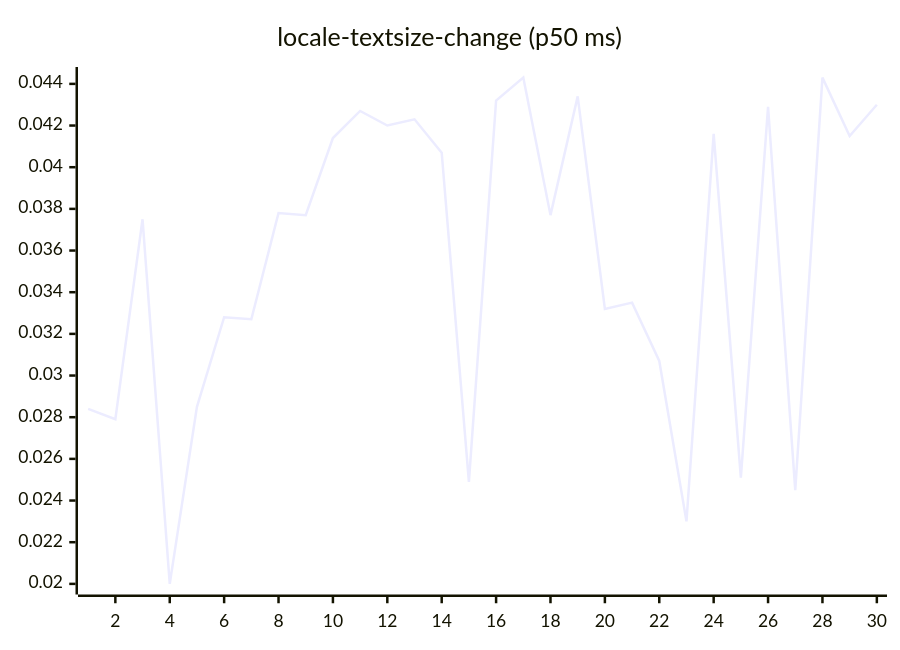
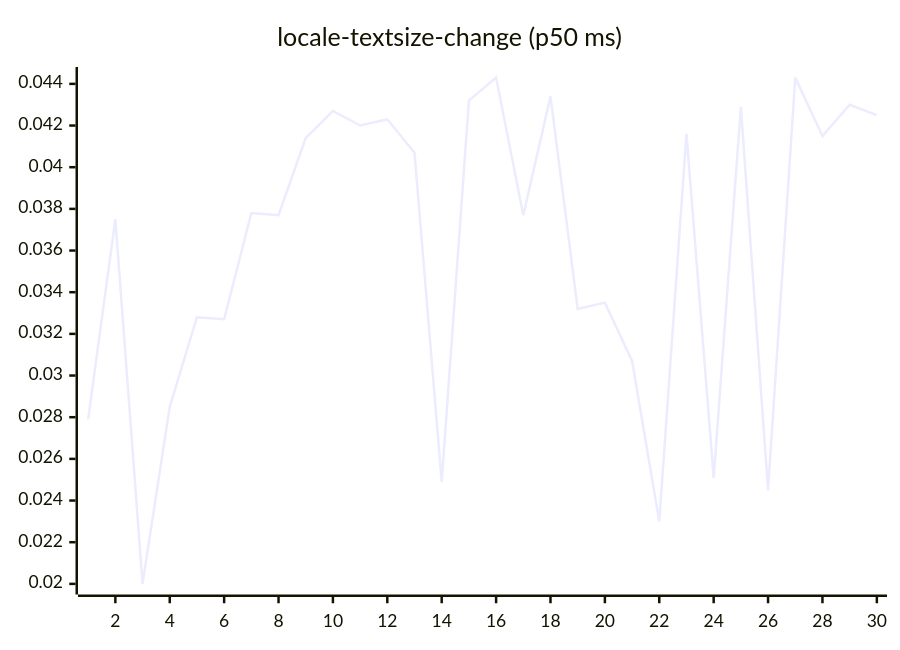
Before and after one commit to josha/Facet: diagram 13 of 27 in README.md, drawn with Mermaid. The commit also changed other lines of this file and 2 other files, not shown here.

````diff
--- a/README.md
+++ b/README.md
@@ -147,6 +147,6 @@
 ```mermaid
 xychart-beta
     title "locale-textsize-change (p50 ms)"
     x-axis 1 --> 30
-    line [0.0284, 0.0279, 0.0375, 0.0200, 0.0285, 0.0328, 0.0327, 0.0378, 0.0377, 0.0414, 0.0427, 0.0420, 0.0423, 0.0407, 0.0249, 0.0432, 0.0443, 0.0377, 0.0434, 0.0332, 0.0335, 0.0307, 0.0230, 0.0416, 0.0251, 0.0429, 0.0245, 0.0443, 0.0415, 0.0430]
+    line [0.0279, 0.0375, 0.0200, 0.0285, 0.0328, 0.0327, 0.0378, 0.0377, 0.0414, 0.0427, 0.0420, 0.0423, 0.0407, 0.0249, 0.0432, 0.0443, 0.0377, 0.0434, 0.0332, 0.0335, 0.0307, 0.0230, 0.0416, 0.0251, 0.0429, 0.0245, 0.0443, 0.0415, 0.0430, 0.0425]
 ```
````
